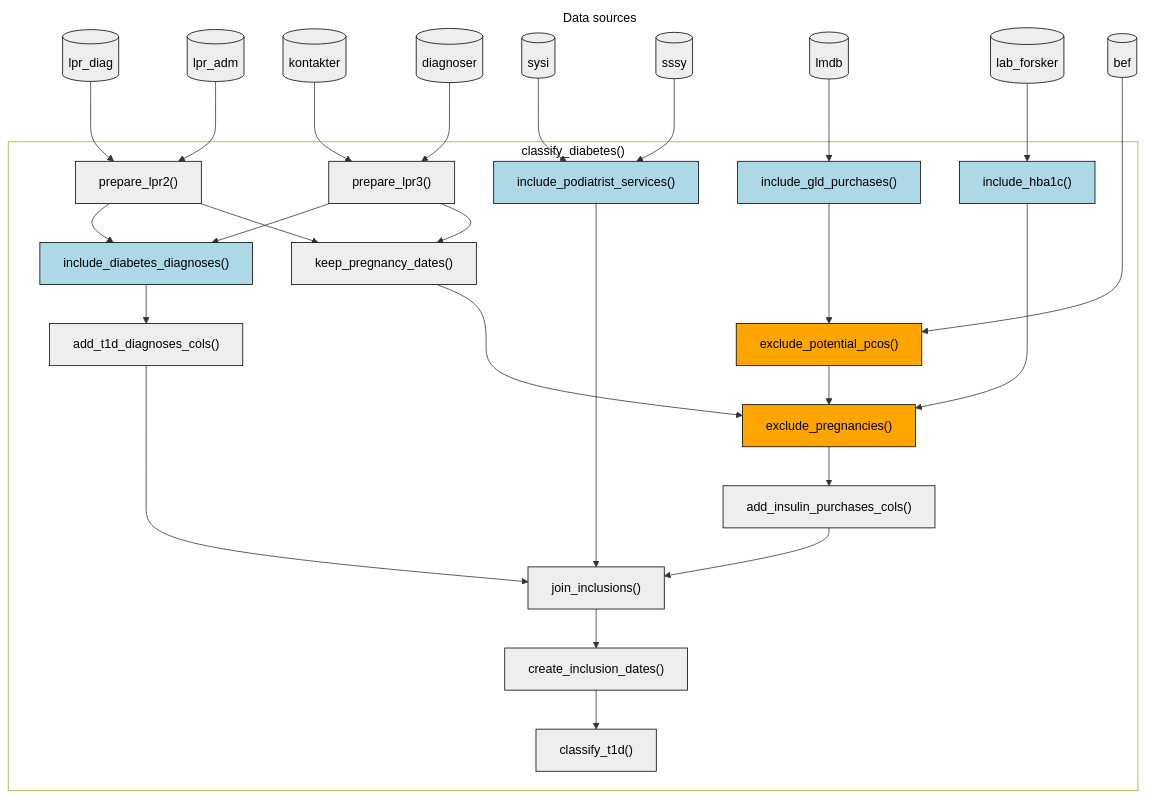
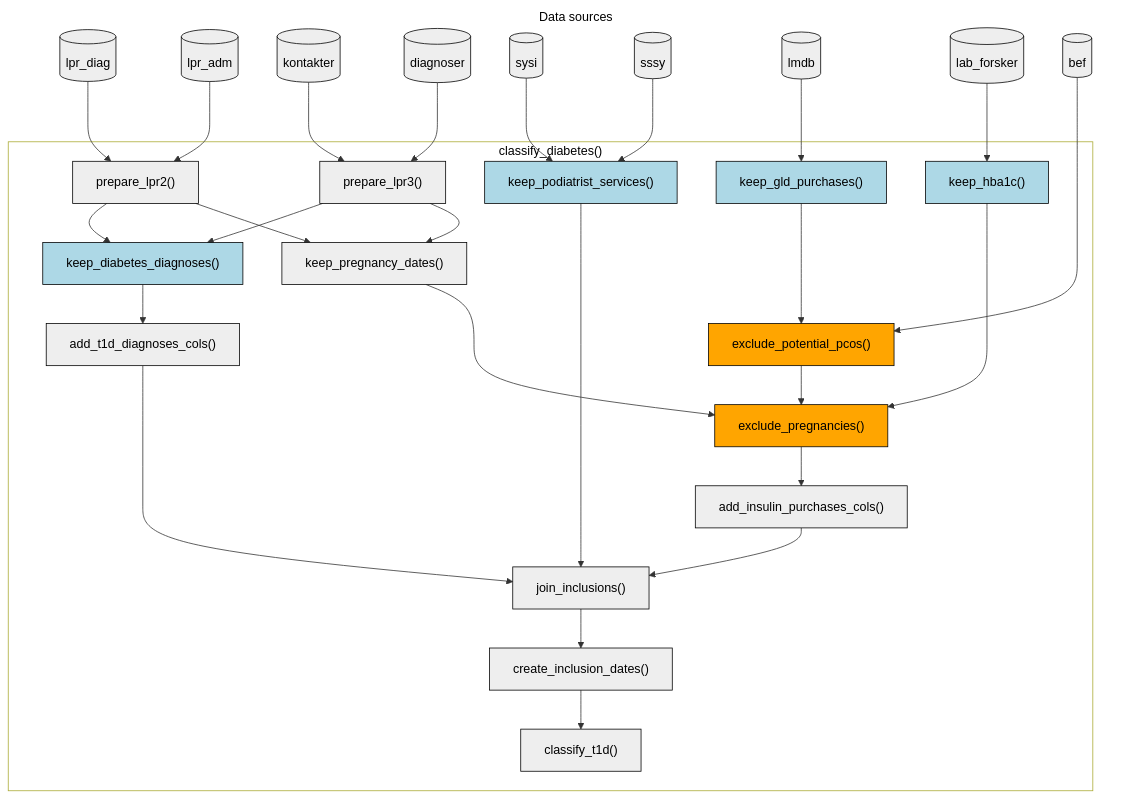
Before and after one commit to steno-aarhus/osdc: the diagram in vignettes/function-flow.qmd, drawn with Mermaid. The commit also changed other lines of this file and 18 other files, not shown here.

````diff
--- a/vignettes/function-flow.qmd
+++ b/vignettes/function-flow.qmd
@@ -23,68 +23,68 @@
 ```{mermaid}
 %%| eval: true
 %%| fig-cap: "Flow of functions in, as well as their required input registers, in the `classify_diabetes()` function used for classifying diabetes status using the osdc package. Light blue and orange boxes represent filtering functions (inclusion and exclusion events, respectively)."
 
 flowchart TD
   subgraph data_sources["Data sources"]
     lpr_diag[("lpr_diag")]
     lpr_adm[("lpr_adm")]
     kontakter[("kontakter")]
     diagnoser[("diagnoser")]
     sysi[("sysi")]
     sssy[("sssy")]
     lmdb[("lmdb")]
     lab_forsker[("lab_forsker")]
     bef[("bef")]
   end
 
   subgraph classify_diabetes["classify_diabetes()"]
 
     lpr_diag --> prepare_lpr2["prepare_lpr2()"]
     lpr_adm --> prepare_lpr2
 
     kontakter --> prepare_lpr3["prepare_lpr3()"]
     diagnoser --> prepare_lpr3
 
     prepare_lpr2 --> keep_pregnancy_dates["keep_pregnancy_dates()"]
     prepare_lpr3 --> keep_pregnancy_dates
 
     %% Inclusion steps
-    sysi --> include_podiatrist_services["include_podiatrist_services()"]:::include
-    sssy --> include_podiatrist_services
+    sysi --> keep_podiatrist_services["keep_podiatrist_services()"]:::include
+    sssy --> keep_podiatrist_services
 
-    prepare_lpr2 --> include_diabetes_diagnoses["include_diabetes_diagnoses()"]:::include
-    prepare_lpr3 --> include_diabetes_diagnoses
-    include_diabetes_diagnoses --> add_t1d_diagnoses_cols["add_t1d_diagnoses_cols()"]
+    prepare_lpr2 --> keep_diabetes_diagnoses["keep_diabetes_diagnoses()"]:::include
+    prepare_lpr3 --> keep_diabetes_diagnoses
+    keep_diabetes_diagnoses --> add_t1d_diagnoses_cols["add_t1d_diagnoses_cols()"]
 
-    lmdb --> include_gld_purchases["include_gld_purchases()"]:::include
+    lmdb --> keep_gld_purchases["keep_gld_purchases()"]:::include
 
-    lab_forsker --> include_hba1c["include_hba1c()"]:::include
+    lab_forsker --> keep_hba1c["keep_hba1c()"]:::include
 
     %% Exclusion steps
-    include_gld_purchases --> exclude_potential_pcos["exclude_potential_pcos()"]:::exclude
+    keep_gld_purchases --> exclude_potential_pcos["exclude_potential_pcos()"]:::exclude
     bef --> exclude_potential_pcos
 
     exclude_potential_pcos --> exclude_pregnancies["exclude_pregnancies()"]:::exclude
     keep_pregnancy_dates --> exclude_pregnancies
-    include_hba1c --> exclude_pregnancies
+    keep_hba1c --> exclude_pregnancies
     exclude_pregnancies --> add_insulin_purchases_cols["add_insulin_purchases_cols()"]
 
     %% Joining
     add_t1d_diagnoses_cols --> join_inclusions["join_inclusions()"]
-    include_podiatrist_services --> join_inclusions
+    keep_podiatrist_services --> join_inclusions
     add_insulin_purchases_cols --> join_inclusions
 
     join_inclusions --> create_inclusion_dates["create_inclusion_dates()"]
     create_inclusion_dates --> classify_t1d["classify_t1d()"]
 
     keep_pregnancy_dates ~~~ exclude_potential_pcos
 
   end
 
   %% Styling
   classDef default fill:#EEEEEE, color:#000000, stroke:#000000
   classDef include fill:lightblue
   classDef exclude fill:orange
   style classify_diabetes fill:#FFFFFF, color:#000000
   style data_sources fill:#FFFFFF, color:#000000, stroke-width:0px
 ```
````
